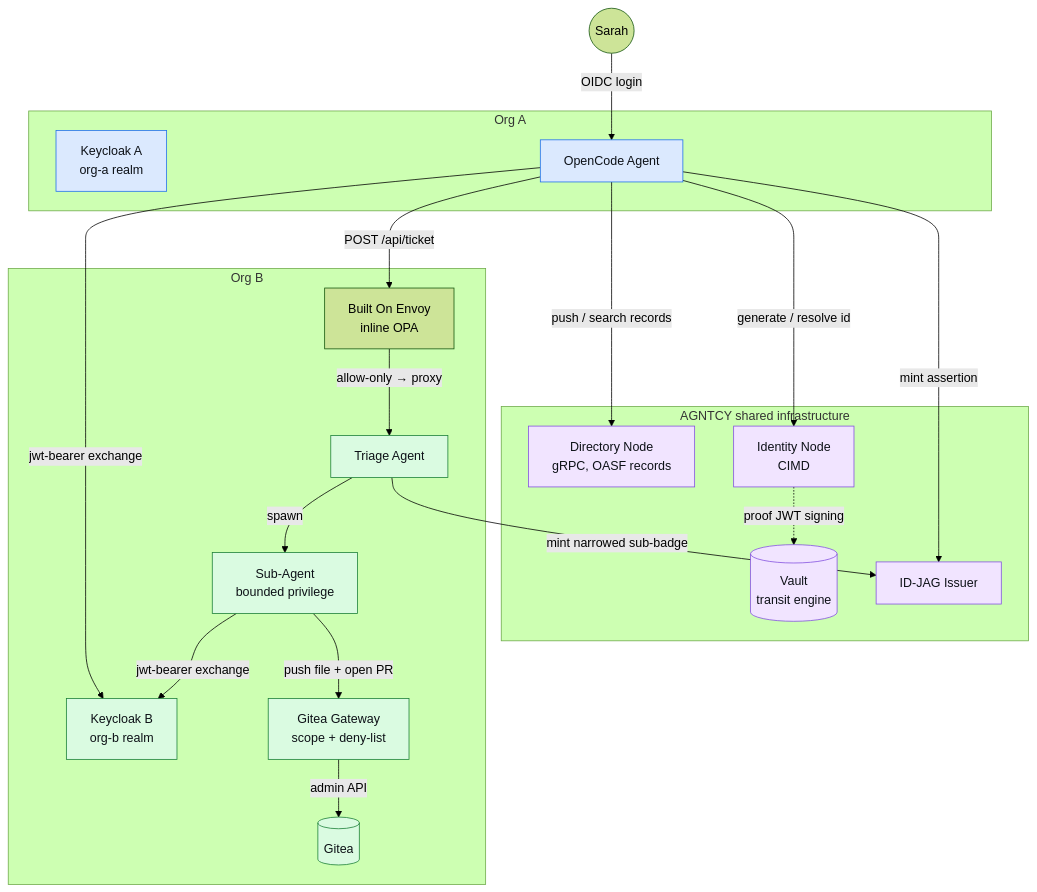
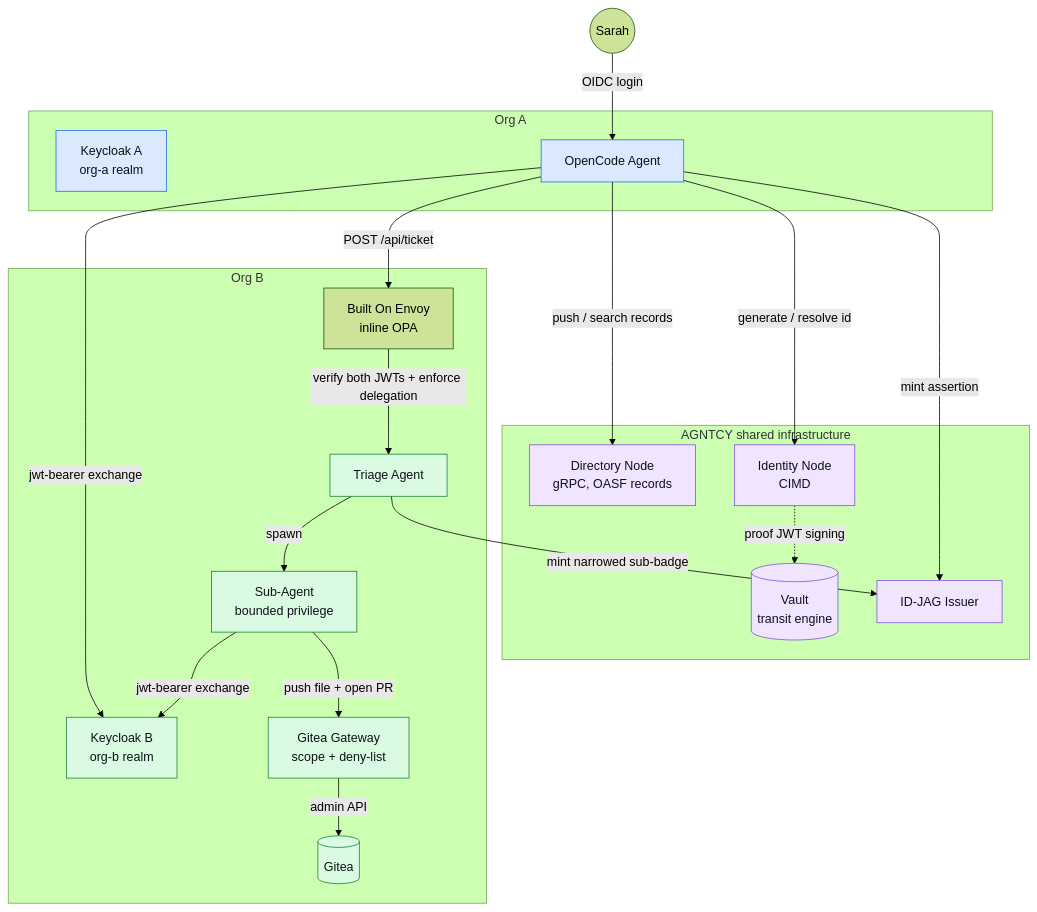
One commit to agntcy/agent-identity-demos changed the first of 2 diagrams in cross-domain-id-jag-vc/README.md. Above: the diagram before and after it, drawn with Mermaid (forest theme). The commit also changed other lines of this file and 12 other files, not shown here.

Commit message:
feat: enforce delegated ticket ingress with Envoy

````diff
--- a/cross-domain-id-jag-vc/README.md
+++ b/cross-domain-id-jag-vc/README.md
@@ -43,46 +45,46 @@
 ```mermaid
 flowchart TB
     Sarah(("Sarah"))
 
     subgraph OrgA[" Org A "]
         KCA["Keycloak A\norg-a realm"]
         OC["OpenCode Agent"]
     end
 
     subgraph AGNTCY[" AGNTCY shared infrastructure "]
         Dir["Directory Node\ngRPC, OASF records"]
         IdNode["Identity Node\nCIMD"]
         Vault[("Vault\ntransit engine")]
         IDJAG["ID-JAG Issuer"]
     end
 
     subgraph OrgB[" Org B "]
         KCB["Keycloak B\norg-b realm"]
         Envoy["Built On Envoy\ninline OPA"]
         Triage["Triage Agent"]
         Sub["Sub-Agent\nbounded privilege"]
         GW["Gitea Gateway\nscope + deny-list"]
         Gitea[("Gitea")]
     end
 
     Sarah -->|"OIDC login"| OC
     OC -->|"push / search records"| Dir
     OC -->|"generate / resolve id"| IdNode
     IdNode -.->|"proof JWT signing"| Vault
     OC -->|"mint assertion"| IDJAG
     OC -->|"jwt-bearer exchange"| KCB
     OC -->|"POST /api/ticket"| Envoy
-    Envoy -->|"allow-only → proxy"| Triage
+    Envoy -->|"verify both JWTs + enforce delegation"| Triage
     Triage -->|"mint narrowed sub-badge"| IDJAG
     Triage -->|"spawn"| Sub
     Sub -->|"jwt-bearer exchange"| KCB
     Sub -->|"push file + open PR"| GW
     GW -->|"admin API"| Gitea
 
     classDef orgA fill:#dbe9fe,stroke:#1f6feb,color:#0d1117;
     classDef orgB fill:#dafbe1,stroke:#1a7f37,color:#0d1117;
     classDef shared fill:#f1e4ff,stroke:#8250df,color:#0d1117;
     class KCA,OC orgA;
     class KCB,Triage,Sub,GW,Gitea orgB;
     class Dir,IdNode,Vault,IDJAG shared;
 ```
````
